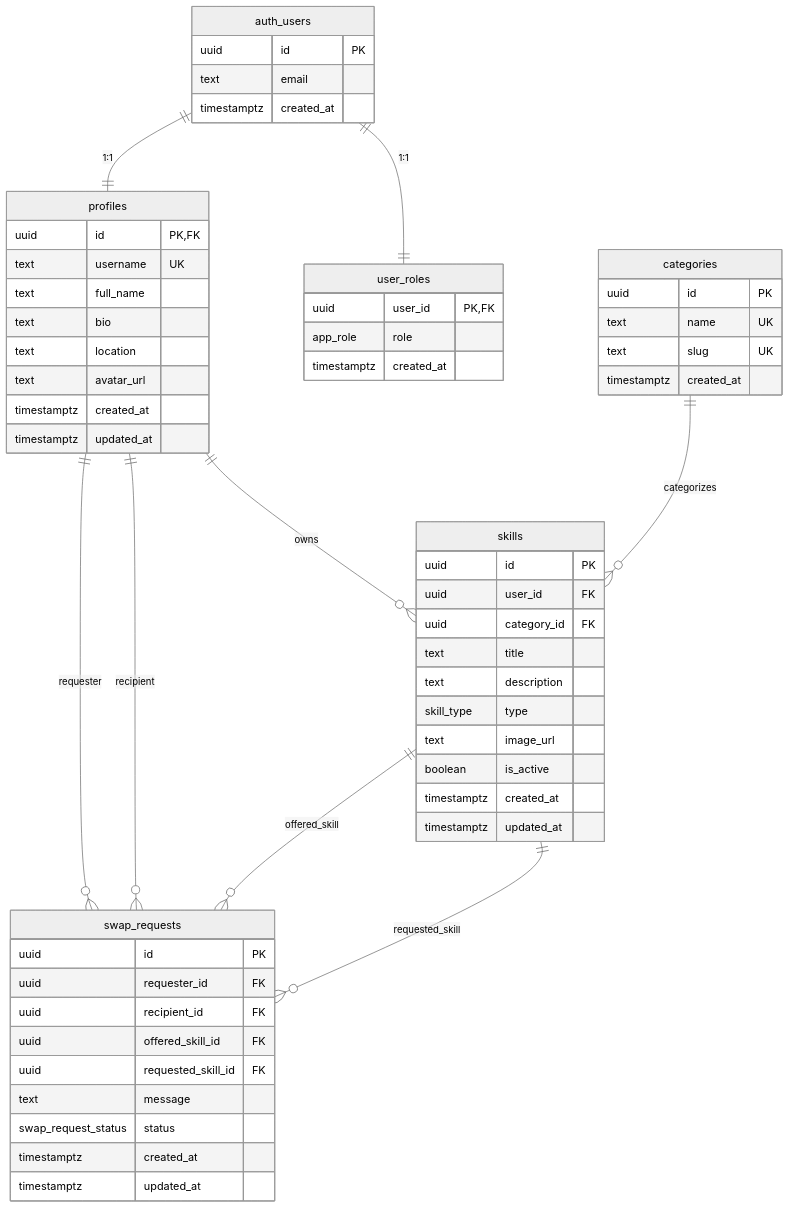
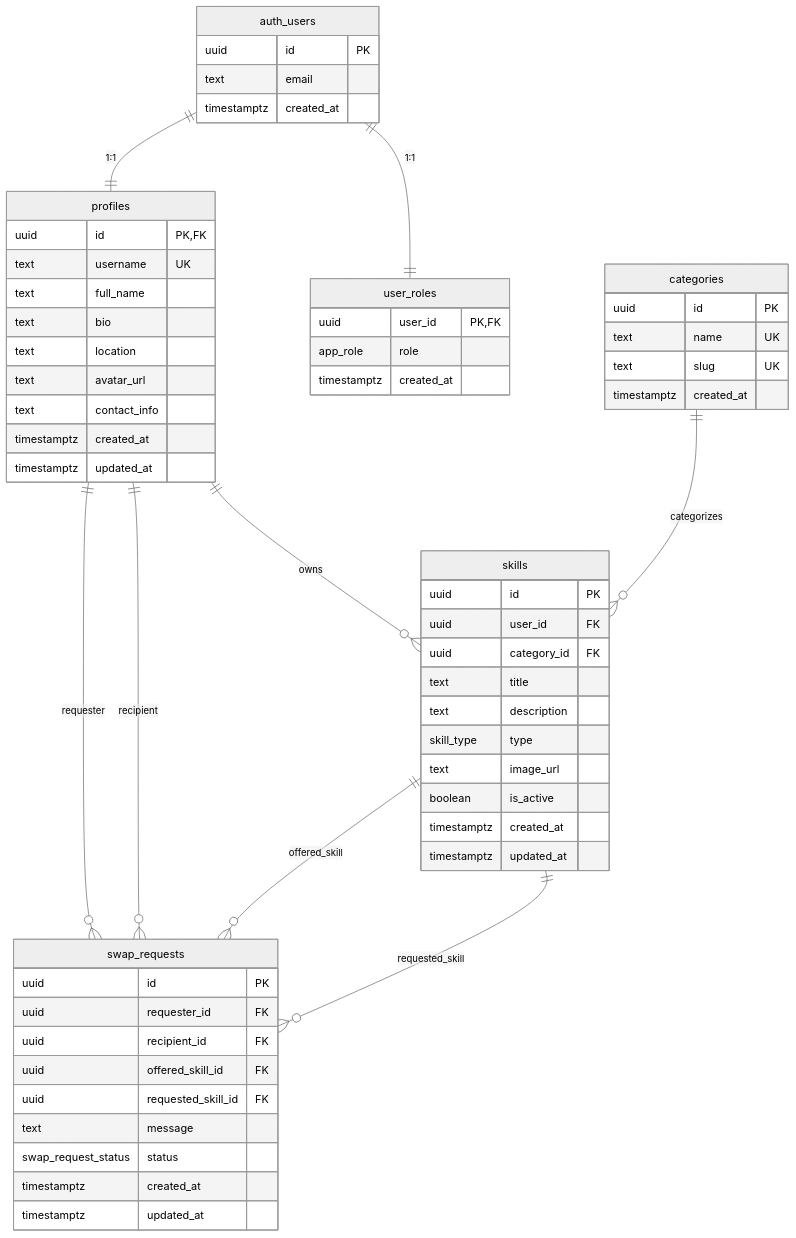
One commit to kttodorov-max/skill-swap changed the diagram in README.md. Above: the diagram before and after it, drawn with Mermaid (neutral theme). The commit also changed other lines of this file, not shown here.

Commit message:
Update README with swap flow, demo users, and contact info

````diff
--- a/README.md
+++ b/README.md
@@ -76,66 +77,67 @@
 ```mermaid
 erDiagram
     auth_users ||--|| profiles : "1:1"
     auth_users ||--|| user_roles : "1:1"
     profiles ||--o{ skills : "owns"
     categories ||--o{ skills : "categorizes"
     profiles ||--o{ swap_requests : "requester"
     profiles ||--o{ swap_requests : "recipient"
     skills ||--o{ swap_requests : "offered_skill"
     skills ||--o{ swap_requests : "requested_skill"
 
     auth_users {
         uuid id PK
         text email
         timestamptz created_at
     }
 
     profiles {
         uuid id PK,FK
         text username UK
         text full_name
         text bio
         text location
         text avatar_url
+        text contact_info
         timestamptz created_at
         timestamptz updated_at
     }
 
     user_roles {
         uuid user_id PK,FK
         app_role role
         timestamptz created_at
     }
 
     categories {
         uuid id PK
         text name UK
         text slug UK
         timestamptz created_at
     }
 
     skills {
         uuid id PK
         uuid user_id FK
         uuid category_id FK
         text title
         text description
         skill_type type
         text image_url
         boolean is_active
         timestamptz created_at
         timestamptz updated_at
     }
 
     swap_requests {
         uuid id PK
         uuid requester_id FK
         uuid recipient_id FK
         uuid offered_skill_id FK
         uuid requested_skill_id FK
         text message
         swap_request_status status
         timestamptz created_at
         timestamptz updated_at
     }
 ```
````
